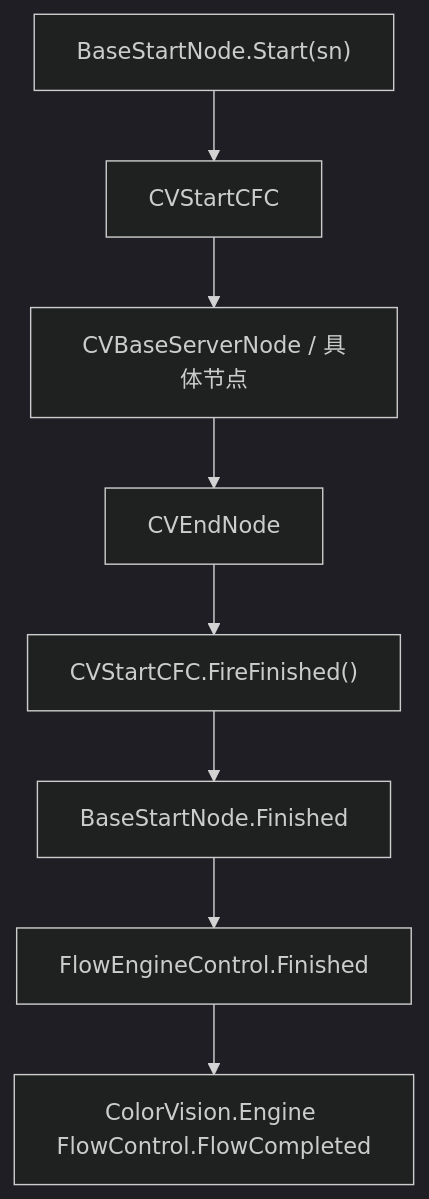
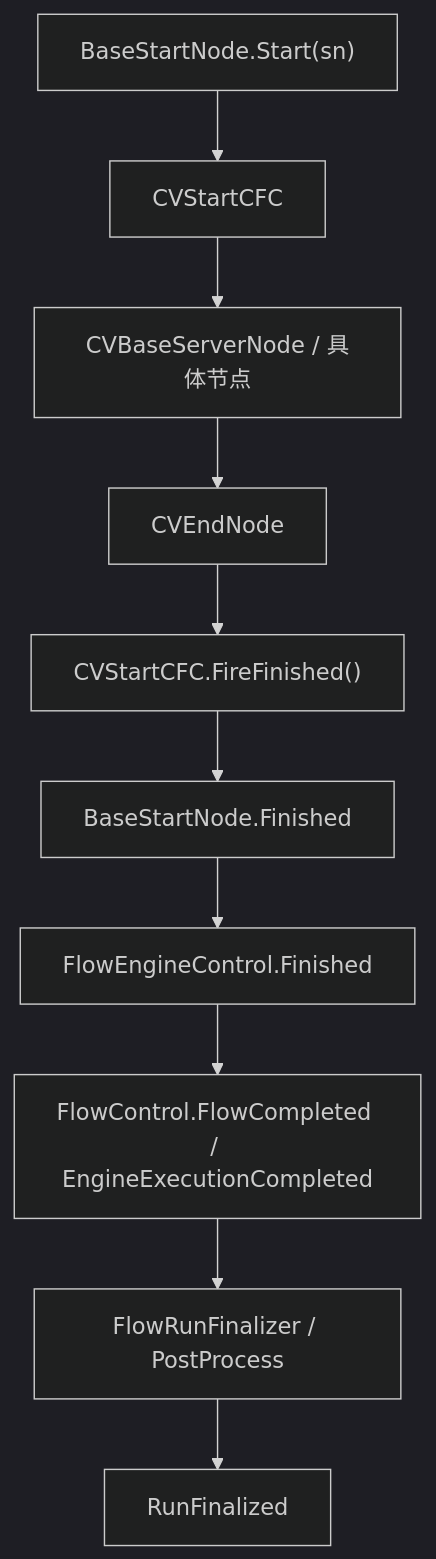
Before and after one commit to xincheng213618/scgd_general_wpf: the diagram in docs/04-api-reference/engine-components/FlowEngineLib.md, drawn with Mermaid (dark theme). The commit also changed other lines of this file and 38 other files, not shown here.

Commit message:
docs: sync plugin and flow architecture

````diff
--- a/docs/04-api-reference/engine-components/FlowEngineLib.md
+++ b/docs/04-api-reference/engine-components/FlowEngineLib.md
@@ -48,10 +48,12 @@
 ```mermaid
 flowchart TD
   Start["BaseStartNode.Start(sn)"] --> CFC["CVStartCFC"]
   CFC --> Server["CVBaseServerNode / 具体节点"]
   Server --> End["CVEndNode"]
   End --> Finish["CVStartCFC.FireFinished()"]
   Finish --> StartEvent["BaseStartNode.Finished"]
   StartEvent --> EngineEvent["FlowEngineControl.Finished"]
-  EngineEvent --> Host["ColorVision.Engine FlowControl.FlowCompleted"]
+  EngineEvent --> Host["FlowControl.FlowCompleted / EngineExecutionCompleted"]
+  Host --> Finalizer["FlowRunFinalizer / PostProcess"]
+  Finalizer --> Finalized["RunFinalized"]
 ```
````
